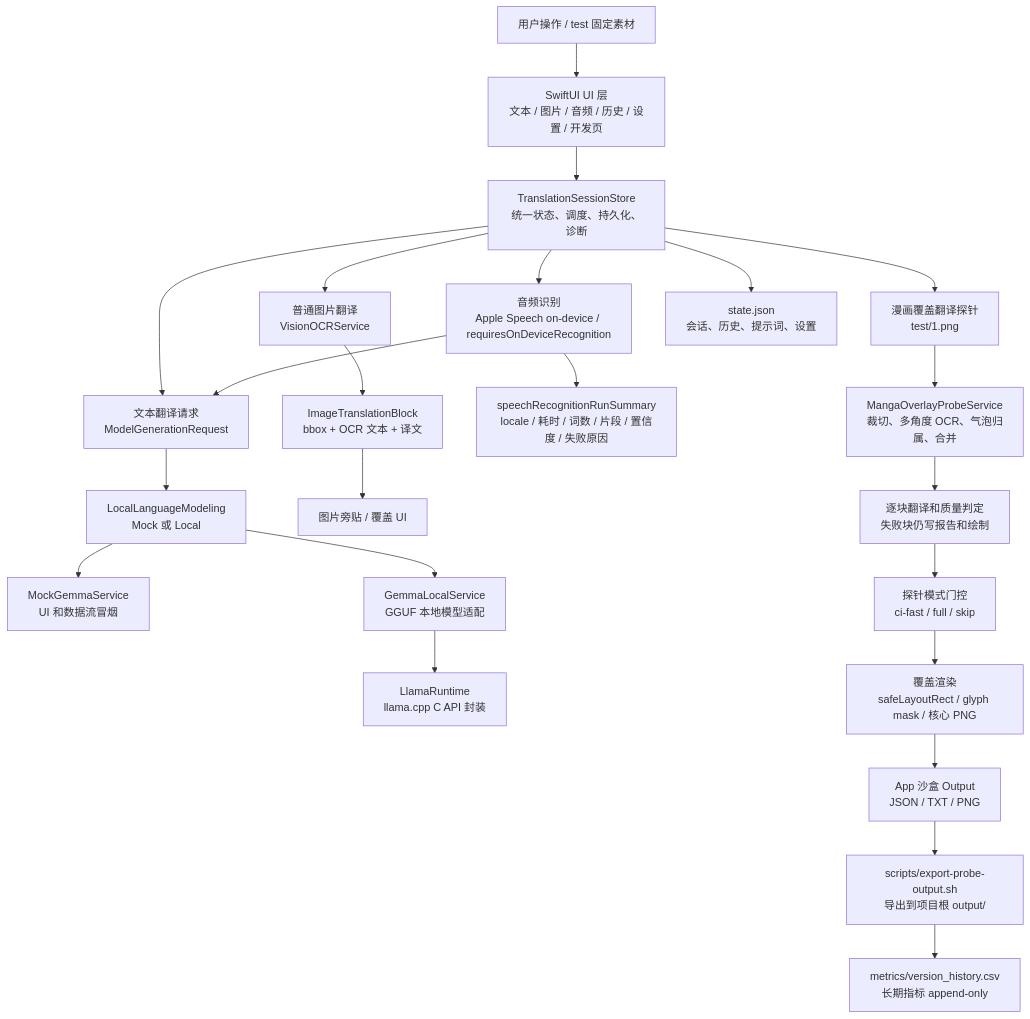
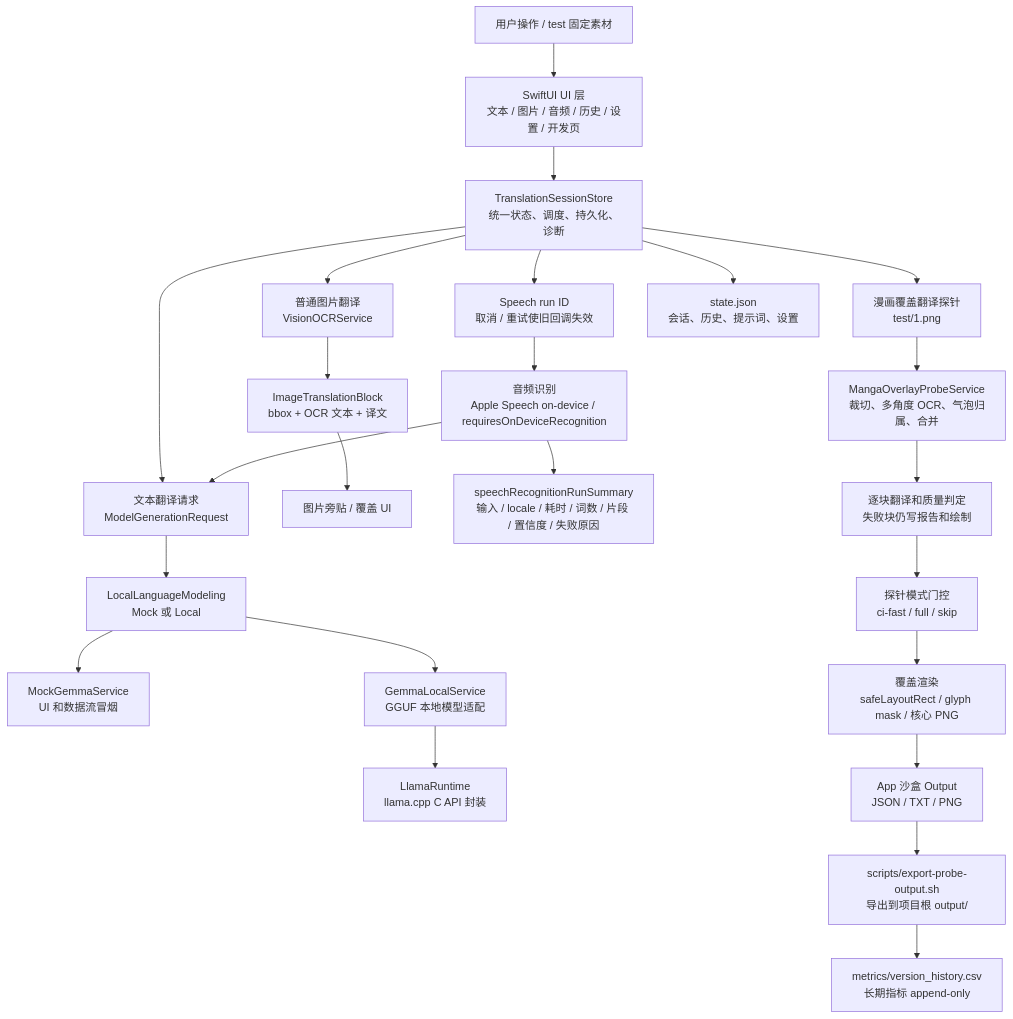
Before and after one commit to bengzhu/project1_lgbt_naxida: the first of 3 diagrams in md/flow/flowchart.md, drawn with Mermaid. The commit also changed other lines of this file and 11 other files, not shown here.

````diff
--- a/md/flow/flowchart.md
+++ b/md/flow/flowchart.md
@@ -7,38 +7,39 @@
 ```mermaid
 flowchart TD
   %% 用户入口：文本、图片、音频、开发页探针
   A["用户操作 / test 固定素材"] --> B["SwiftUI UI 层<br/>文本 / 图片 / 音频 / 历史 / 设置 / 开发页"]
 
   %% 状态中心：所有业务动作统一进入 store
   B --> C["TranslationSessionStore<br/>统一状态、调度、持久化、诊断"]
 
   %% 文本翻译分支：普通用户输入
   C --> D["文本翻译请求<br/>ModelGenerationRequest"]
   D --> E["LocalLanguageModeling<br/>Mock 或 Local"]
   E --> F["MockGemmaService<br/>UI 和数据流冒烟"]
   E --> G["GemmaLocalService<br/>GGUF 本地模型适配"]
   G --> H["LlamaRuntime<br/>llama.cpp C API 封装"]
 
   %% 图片 OCR 分支：普通图片翻译
   C --> I["普通图片翻译<br/>VisionOCRService"]
   I --> J["ImageTranslationBlock<br/>bbox + OCR 文本 + 译文"]
   J --> K["图片旁贴 / 覆盖 UI"]
 
   %% 音频分支：Apple 本机语音识别
-  C --> L["音频识别<br/>Apple Speech on-device / requiresOnDeviceRecognition"]
-  L --> LV["speechRecognitionRunSummary<br/>locale / 耗时 / 词数 / 片段 / 置信度 / 失败原因"]
+  C --> LR["Speech run ID<br/>取消 / 重试使旧回调失效"]
+  LR --> L["音频识别<br/>Apple Speech on-device / requiresOnDeviceRecognition"]
+  L --> LV["speechRecognitionRunSummary<br/>输入 / locale / 耗时 / 词数 / 片段 / 置信度 / 失败原因"]
   L --> D
 
   %% 漫画探针分支：固定 test/1.png
   C --> M["漫画覆盖翻译探针<br/>test/1.png"]
   M --> N["MangaOverlayProbeService<br/>裁切、多角度 OCR、气泡归属、合并"]
   N --> O["逐块翻译和质量判定<br/>失败块仍写报告和绘制"]
   O --> P["探针模式门控<br/>ci-fast / full / skip"]
   P --> Q["覆盖渲染<br/>safeLayoutRect / glyph mask / 核心 PNG"]
 
   %% 输出：持久化和调试产物
   C --> R["state.json<br/>会话、历史、提示词、设置"]
   Q --> S["App 沙盒 Output<br/>JSON / TXT / PNG"]
   S --> T["scripts/export-probe-output.sh<br/>导出到项目根 output/"]
   T --> U["metrics/version_history.csv<br/>长期指标 append-only"]
 ```
````
